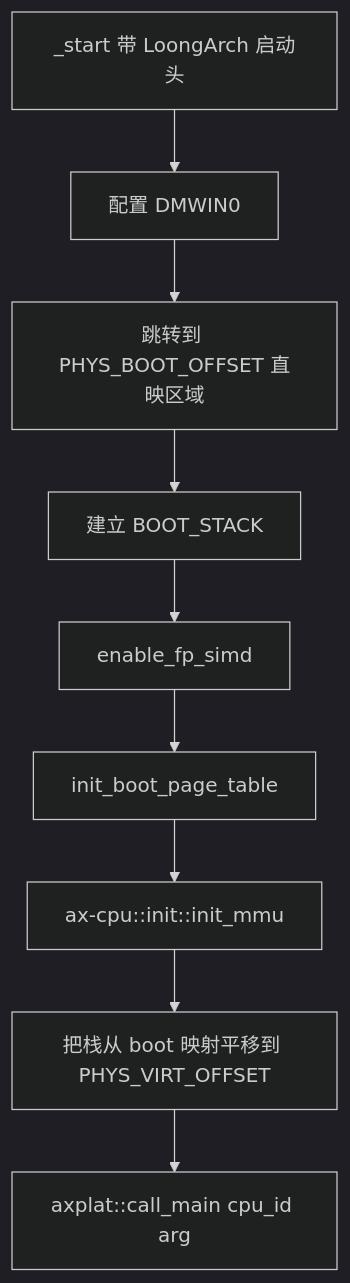
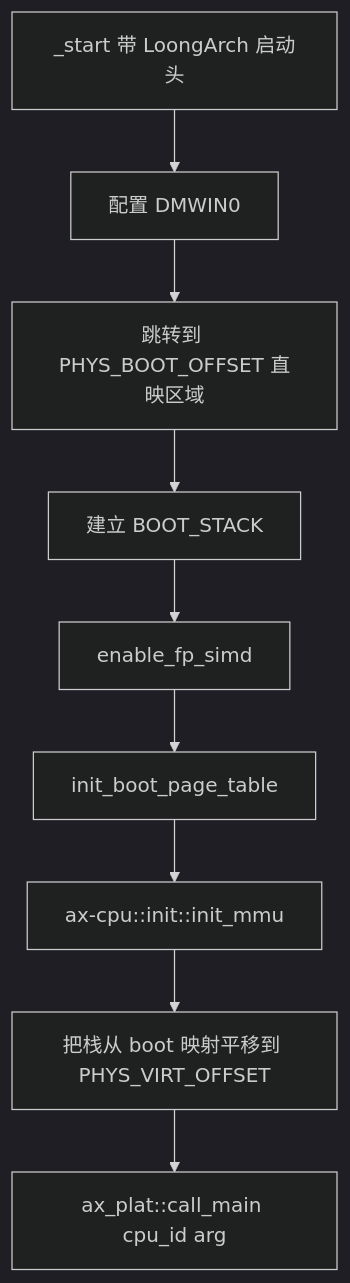
The first of 2 diagrams in docs/crates/ax-plat-loongarch64-qemu-virt.md (zKurisu/tgoskits), drawn with Mermaid (dark theme) before and after one commit. The commit also changed other lines of this file and 199 other files, not shown here.

Commit message:
rename axplat to ax-plat

````diff
--- a/docs/crates/ax-plat-loongarch64-qemu-virt.md
+++ b/docs/crates/ax-plat-loongarch64-qemu-virt.md
@@ -54,11 +54,11 @@
 ```mermaid
 flowchart TD
     A[_start 带 LoongArch 启动头] --> B[配置 DMWIN0]
     B --> C[跳转到 PHYS_BOOT_OFFSET 直映区域]
     C --> D[建立 BOOT_STACK]
     D --> E[enable_fp_simd]
     E --> F[init_boot_page_table]
     F --> G[ax-cpu::init::init_mmu]
     G --> H[把栈从 boot 映射平移到 PHYS_VIRT_OFFSET]
-    H --> I[axplat::call_main cpu_id arg]
+    H --> I[ax_plat::call_main cpu_id arg]
 ```
````
